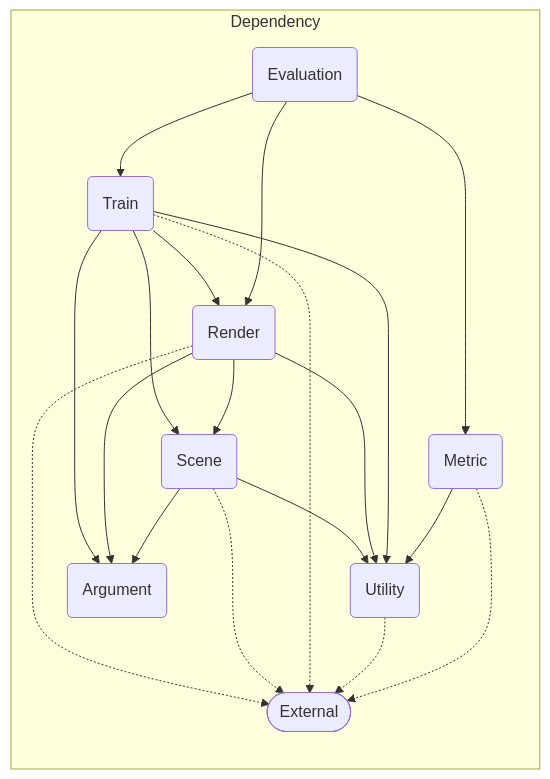
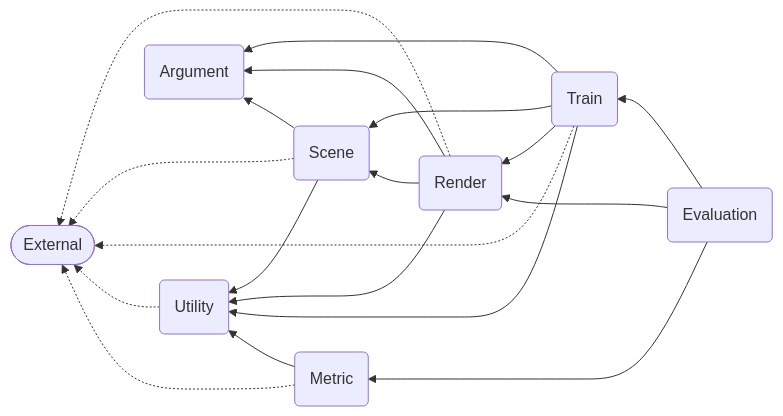
One commit to AsherJingkongChen/3DGS changed the first of 2 diagrams in docs/dependency/original-reference.orig.md. Above: the diagram before and after it, drawn with Mermaid. The commit also changed 1 other file, not shown here.

Commit message:
(doc-adjust): Remove redundant directives

````diff
--- a/docs/dependency/original-reference.orig.md
+++ b/docs/dependency/original-reference.orig.md
@@ -17,42 +17,37 @@
 ```mermaid
 graph RL
-  subgraph Dependency
-    x([External])
-    u(Utility)
-    a(Argument)
-    s(Scene)
-    m(Metric)
-    r(Render)
-    t(Train)
-    e(Evaluation)
-  end
+  x([External])
+  u(Utility)
+  a(Argument)
+  s(Scene)
+  m(Metric)
+  r(Render)
+  t(Train)
+  e(Evaluation)
 
-  subgraph Dependency
-    m -.-> x
-    m --> u
+  m -.-> x
+  m --> u
 
-    u -.-> x
+  u -.-> x
 
-    e --> m
-    e --> r
-    e --> t
+  e --> m
+  e --> r
+  e --> t
 
-    t -.-> x
-    t --> r
-    t --> u
+  t -.-> x
+  t --> r
+  t --> u
 
-    r --> s
-    t --> s
+  r --> s
+  t --> s
 
-    s -.-> x
-    r -.-> x
-    r --> u
+  s -.-> x
+  r -.-> x
+  r --> u
 
-    s --> a
-    r --> a
-    t --> a
+  s --> a
+  r --> a
+  t --> a
 
-    s --> u
-  end
-
+  s --> u
 ```
````
